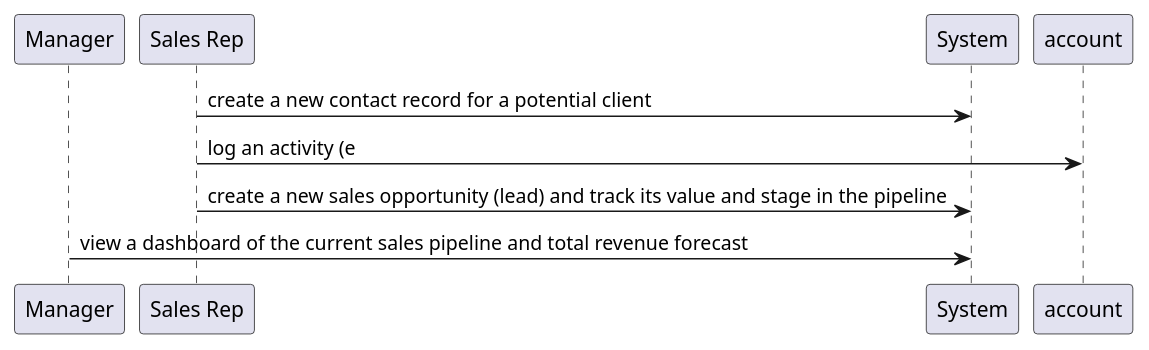
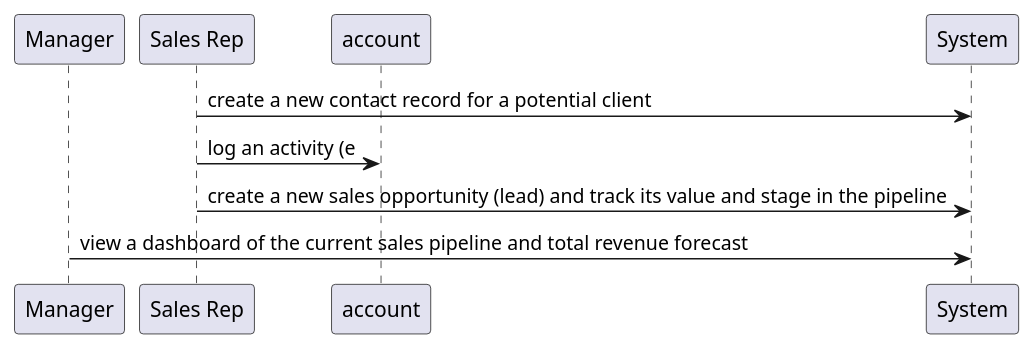
Before and after one commit to qamaruddin-qureshi/fyp-uml-diagram-generator: the diagram in user_stories/golden_puml/sequence/sequence_test_CRM_System.puml, drawn with PlantUML. The commit also changed other lines of this file and 7 other files, not shown here.

First line of the commit message:
fix(sequence): enforce left-to-right arrow direction

```diff
--- a/user_stories/golden_puml/sequence/sequence_test_CRM_System.puml
+++ b/user_stories/golden_puml/sequence/sequence_test_CRM_System.puml
@@ -1,10 +1,10 @@
 @startuml
 participant "Manager" as Manager
 participant "Sales Rep" as Sales_Rep
+participant "account" as account
 participant "System" as System
-participant "account" as account
 Sales_Rep -> System: create a new contact record for a potential client
 Sales_Rep -> account: log an activity (e
 Sales_Rep -> System: create a new sales opportunity (lead) and track its value and stage in the pipeline
 Manager -> System: view a dashboard of the current sales pipeline and total revenue forecast
 @enduml
```
